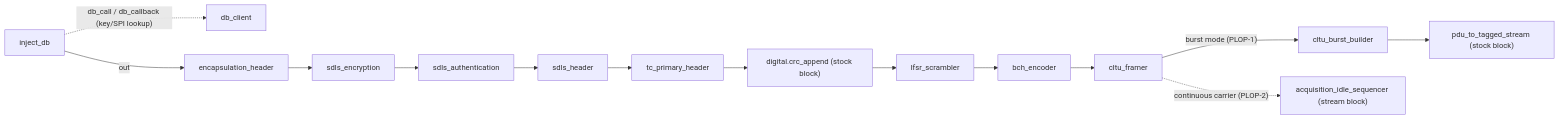
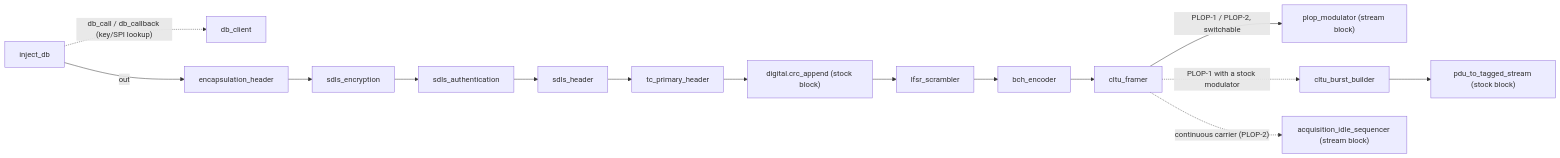
Before and after one commit to aris-space/soarr-groundstation-gnuradio: the first of 2 diagrams in docs/architecture.md, drawn with Mermaid. The commit also changed other lines of this file and 17 other files, not shown here.

First line of the commit message:
feat(plop_modulator): add BPSK modulator with runtime PLOP switching

````diff
--- a/docs/architecture.md
+++ b/docs/architecture.md
@@ -27,31 +27,33 @@
 ```mermaid
 flowchart LR
     dbClient["db_client"]
     Injectdb["inject_db"]
     encapsulationHeader["encapsulation_header"]
     sdlsEncryption["sdls_encryption"]
     sdlsAuthentication["sdls_authentication"]
     sdlsHeader["sdls_header"]
     tcPrimaryHeader["tc_primary_header"]
     crcAppend["digital.crc_append (stock block)"]
     lfsrScrambler["lfsr_scrambler"]
     bchEncoder["bch_encoder"]
     cltuFramer["cltu_framer"]
+    plopModulator["plop_modulator (stream block)"]
     burstBuilder["cltu_burst_builder"]
     pduToStream["pdu_to_tagged_stream (stock block)"]
     aqusitionIdleSequencer["acquisition_idle_sequencer (stream block)"]
 
     Injectdb -. "db_call / db_callback (key/SPI lookup)" .-> dbClient
     Injectdb -- out --> encapsulationHeader
     encapsulationHeader --> sdlsEncryption
     sdlsEncryption --> sdlsAuthentication
     sdlsAuthentication --> sdlsHeader
     sdlsHeader --> tcPrimaryHeader
     tcPrimaryHeader --> crcAppend
     crcAppend --> lfsrScrambler
     lfsrScrambler --> bchEncoder
     bchEncoder --> cltuFramer
-    cltuFramer -- "burst mode (PLOP-1)" --> burstBuilder
+    cltuFramer -- "PLOP-1 / PLOP-2, switchable" --> plopModulator
+    cltuFramer -. "PLOP-1 with a stock modulator" .-> burstBuilder
     burstBuilder --> pduToStream
     cltuFramer -. "continuous carrier (PLOP-2)" .-> aqusitionIdleSequencer
 ```
````
